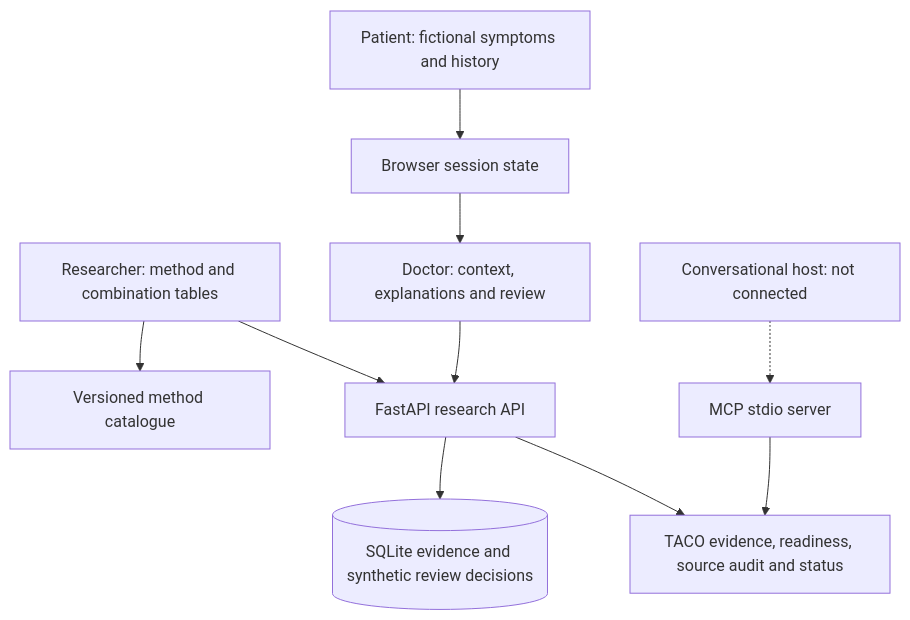
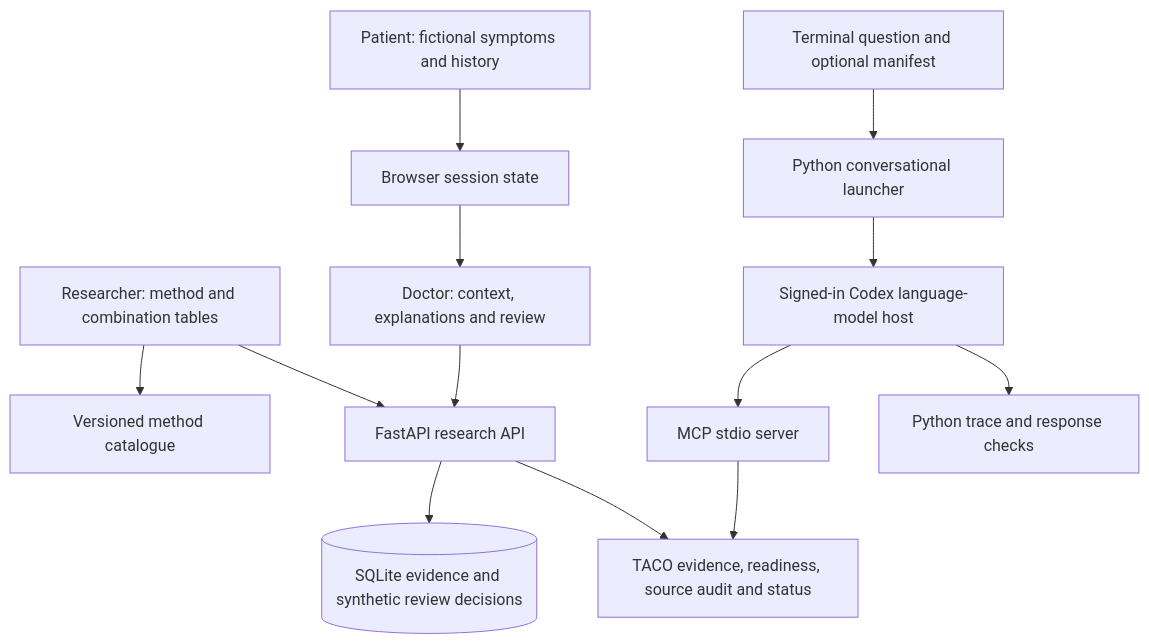
The first of 2 diagrams in ARCHITECTURE.md (klm2109/CAUSEWAY), drawn with Mermaid before and after one commit. The commit also changed other lines of this file and 7 other files, not shown here.

````diff
--- a/ARCHITECTURE.md
+++ b/ARCHITECTURE.md
@@ -11,12 +11,15 @@
 ```mermaid
 flowchart TB
   P[Patient: fictional symptoms and history] --> S[Browser session state]
   S --> D[Doctor: context, explanations and review]
   R[Researcher: method and combination tables] --> C[Versioned method catalogue]
   R --> API[FastAPI research API]
   D --> API
   API --> DB[(SQLite evidence and synthetic review decisions)]
   API --> T[TACO evidence, readiness, source audit and status]
   M[MCP stdio server] --> T
-  H[Conversational host: not connected] -.-> M
+  Q[Terminal question and optional manifest] --> L[Python conversational launcher]
+  L --> H[Signed-in Codex language-model host]
+  H --> M
+  H --> V[Python trace and response checks]
 ```
````
